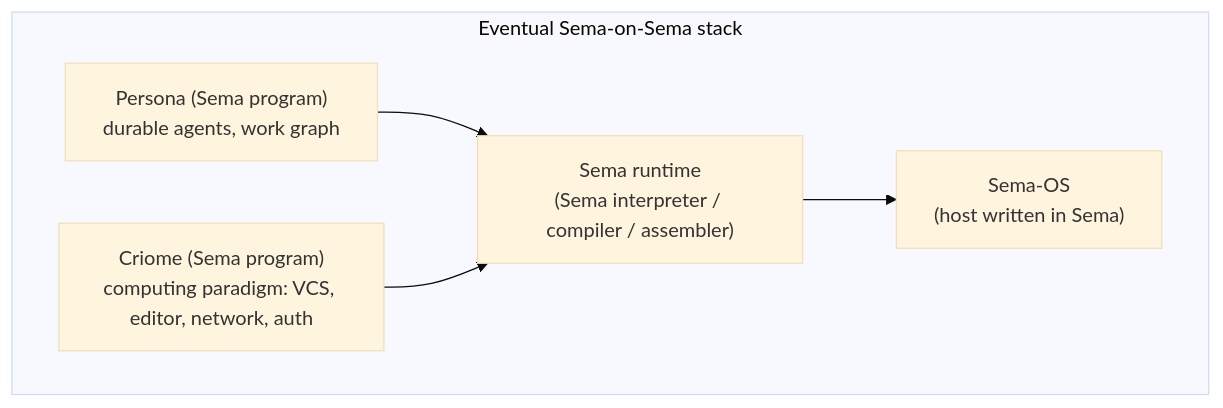
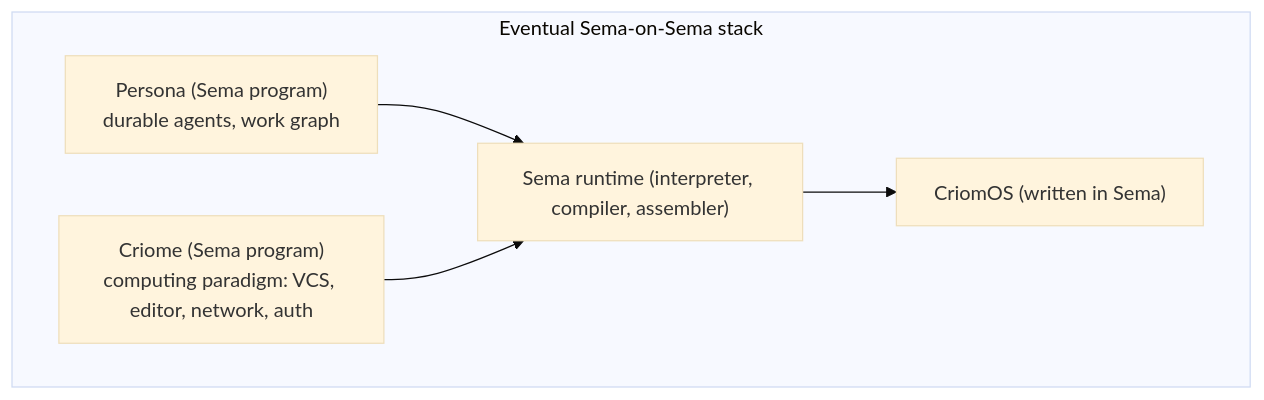
The sixth of 18 diagrams in reports/designer/114-persona-vision-as-of-2026-05-11.md (LiGoldragon/primary), drawn with Mermaid (base theme) before and after one commit. The commit also changed other lines of this file, not shown here.

````diff
--- a/reports/designer/114-persona-vision-as-of-2026-05-11.md
+++ b/reports/designer/114-persona-vision-as-of-2026-05-11.md
@@ -320,13 +325,13 @@
 ```mermaid
 flowchart TB
     subgraph eventually["Eventual Sema-on-Sema stack"]
         persona_sema["Persona (Sema program)<br/>durable agents, work graph"]
         criome_sema["Criome (Sema program)<br/>computing paradigm: VCS, editor, network, auth"]
-        sema_runtime["Sema runtime<br/>(Sema interpreter / compiler / assembler)"]
-        sema_os["Sema-OS<br/>(host written in Sema)"]
+        sema_runtime["Sema runtime (interpreter, compiler, assembler)"]
+        criomos_sema["CriomOS (written in Sema)"]
     end
 
     persona_sema --> sema_runtime
     criome_sema --> sema_runtime
-    sema_runtime --> sema_os
+    sema_runtime --> criomos_sema
 ```
````
